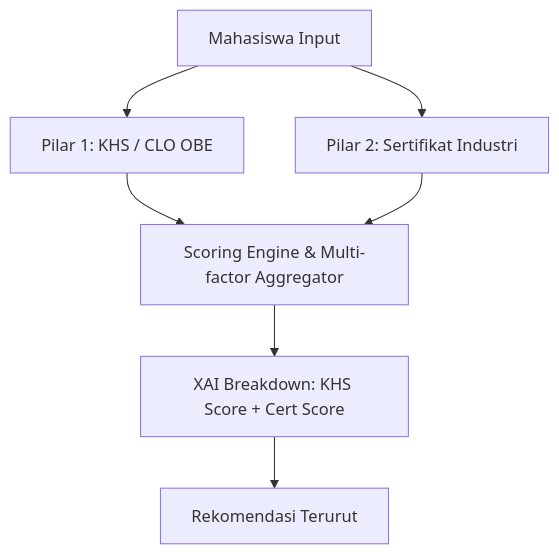
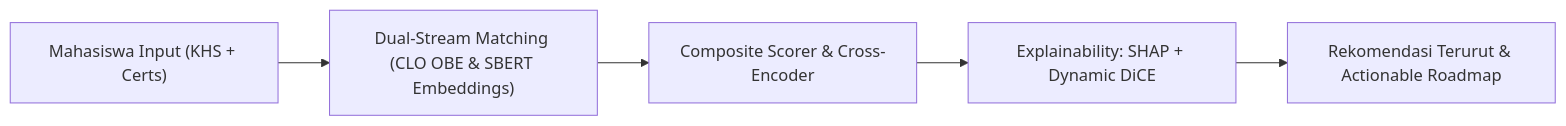
The diagram in docs/EKS12_AB_Test_Summary.md (Akma86/Jobs-Recommendation---BRIN-), drawn with Mermaid before and after one commit. The commit also changed other lines of this file and 55 other files, not shown here.

````diff
--- a/docs/EKS12_AB_Test_Summary.md
+++ b/docs/EKS12_AB_Test_Summary.md
@@ -121,9 +35,7 @@
 ```mermaid
-graph TD
-    A["Mahasiswa Input"] --> B["Pilar 1: KHS / CLO OBE"]
-    A --> C["Pilar 2: Sertifikat Industri"]
-    B --> D["Scoring Engine & Multi-factor Aggregator"]
-    C --> D
-    D --> E["XAI Breakdown: KHS Score + Cert Score"]
-    E --> F["Rekomendasi Terurut"]
+graph LR
+    A["Mahasiswa Input (KHS + Certs)"] --> B["Dual-Stream Matching (CLO OBE & SBERT Embeddings)"]
+    B --> C["Composite Scorer & Cross-Encoder"]
+    C --> D["Explainability: SHAP + Dynamic DiCE"]
+    D --> E["Rekomendasi Terurut & Actionable Roadmap"]
 ```
````
